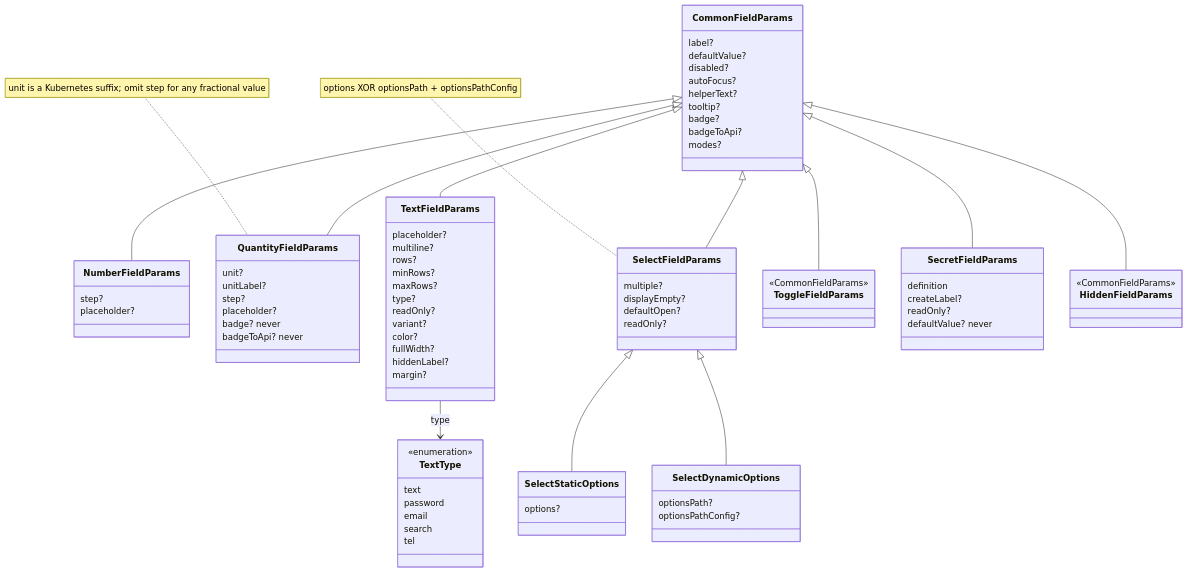
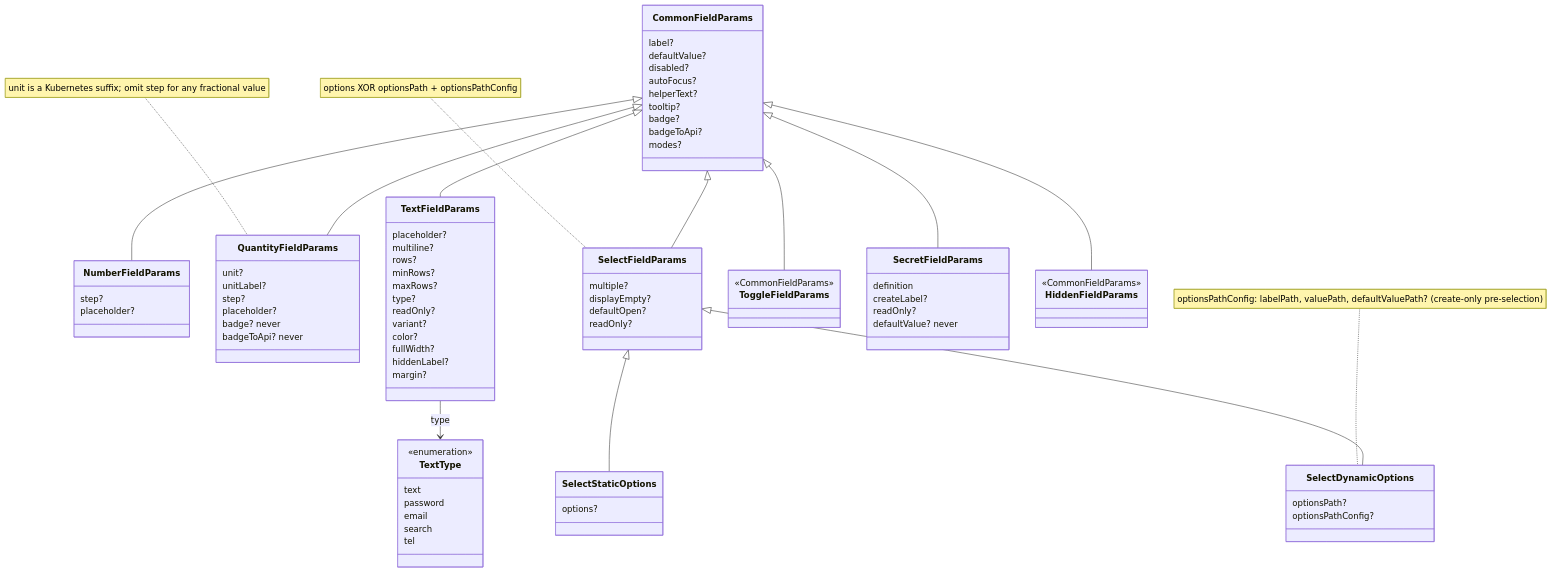
One commit to openeverest/openeverest changed the fifth of 6 diagrams in docs/ui/architecture/ui-generator/schema-reference.md. Above: the diagram before and after it, drawn with Mermaid. The commit also changed other lines of this file and 6 other files, not shown here.

First line of the commit message:
feat(ui): pre-select the provider's defaultVersion in version pickers (#3507)

````diff
--- a/docs/ui/architecture/ui-generator/schema-reference.md
+++ b/docs/ui/architecture/ui-generator/schema-reference.md
@@ -173,4 +173,5 @@
   SelectFieldParams <|-- SelectDynamicOptions
   note for SelectFieldParams "options XOR optionsPath + optionsPathConfig"
   note for QuantityFieldParams "unit is a Kubernetes suffix; omit step for any fractional value"
+  note for SelectDynamicOptions "optionsPathConfig: labelPath, valuePath, defaultValuePath? (create-only pre-selection)"
 ```
````
